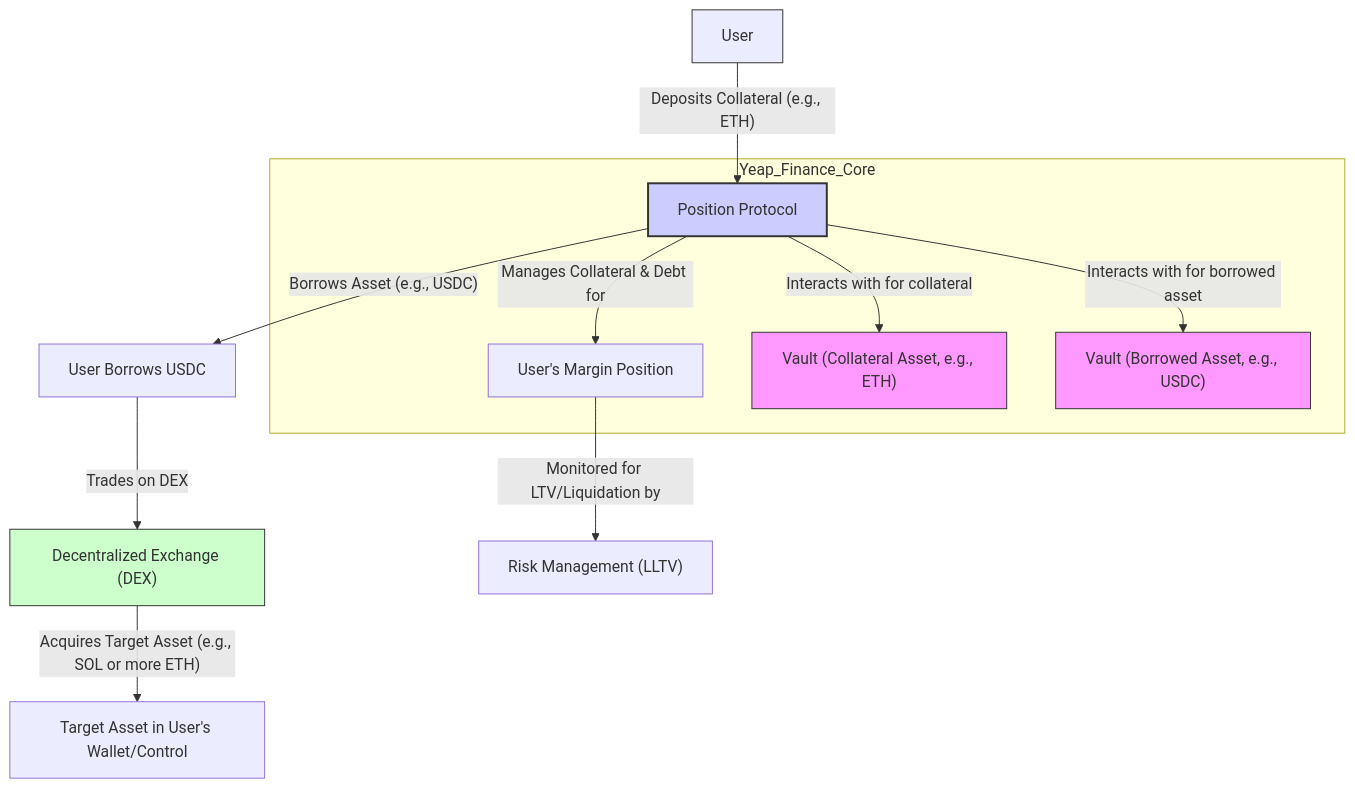
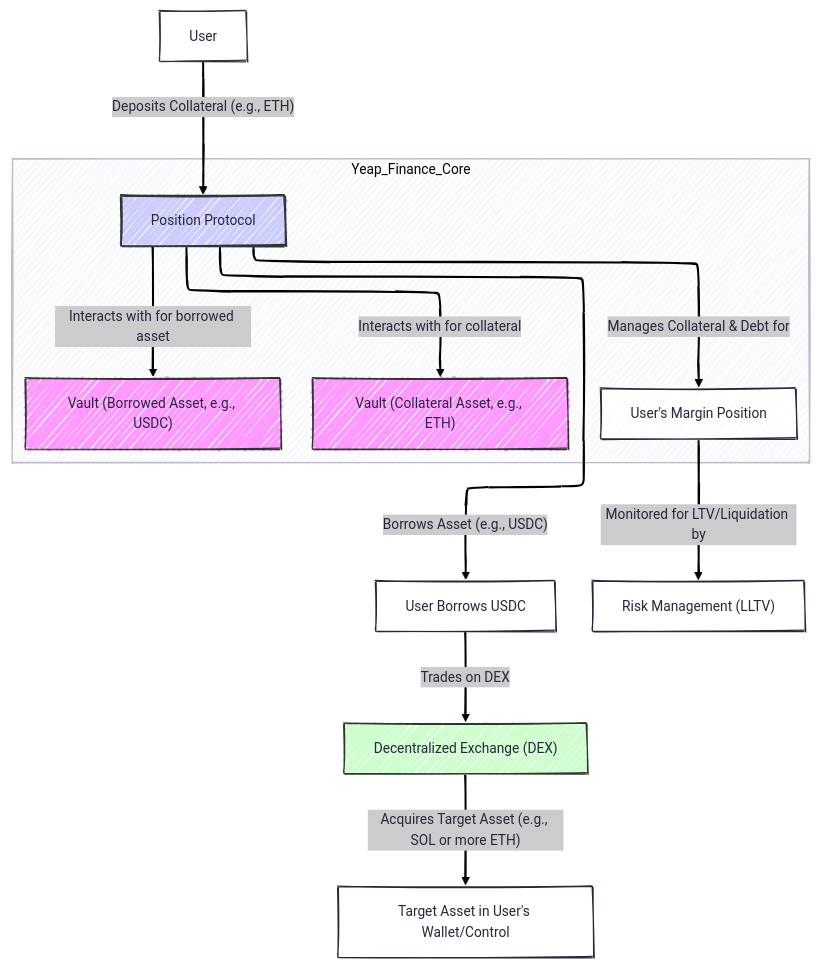
Before and after one commit to yeap-finance/docs: the third of 5 diagrams in Yeap Finance WhitePaper(v3)_ The Multi-Protocol Engine for Decentralized Lending.md, drawn with Mermaid. The commit also changed other lines of this file, not shown here.

````diff
--- a/Yeap Finance WhitePaper(v3)_ The Multi-Protocol Engine for Decentralized Lending.md
+++ b/Yeap Finance WhitePaper(v3)_ The Multi-Protocol Engine for Decentralized Lending.md
@@ -206,32 +218,38 @@
 ``` mermaid
+---
+config:
+  look: handDrawn
+  layout: elk
+  theme: redux
+---
 graph TD
     U[User]
     PP[Position Protocol]
     User_Position[User's Margin Position]
     Vault_Collateral["Vault (Collateral Asset, e.g., ETH)"]
     Vault_Borrowed["Vault (Borrowed Asset, e.g., USDC)"]
     UB[User Borrows USDC]
     DEX["Decentralized Exchange (DEX)"]
     TA["Target Asset in User's Wallet/Control"]
     Risk_Management["Risk Management (LLTV)"]
 
     U -- "Deposits Collateral (e.g., ETH)" --> PP
 
     subgraph Yeap_Finance_Core
         PP -- "Manages Collateral & Debt for" --> User_Position
         PP -- "Interacts with for collateral" --> Vault_Collateral
         PP -- "Interacts with for borrowed asset" --> Vault_Borrowed
     end
 
     PP -- "Borrows Asset (e.g., USDC)" --> UB
     UB -- "Trades on DEX" --> DEX
     DEX -- "Acquires Target Asset (e.g., SOL or more ETH)" --> TA
 
     User_Position -- "Monitored for LTV/Liquidation by" --> Risk_Management
 
     style U fill:#lightgrey,stroke:#333
     style PP fill:#ccf,stroke:#333,stroke-width:2px
     style Vault_Collateral fill:#f9f,stroke:#333
     style Vault_Borrowed fill:#f9f,stroke:#333
     style DEX fill:#cfc,stroke:#333
 ```
````
